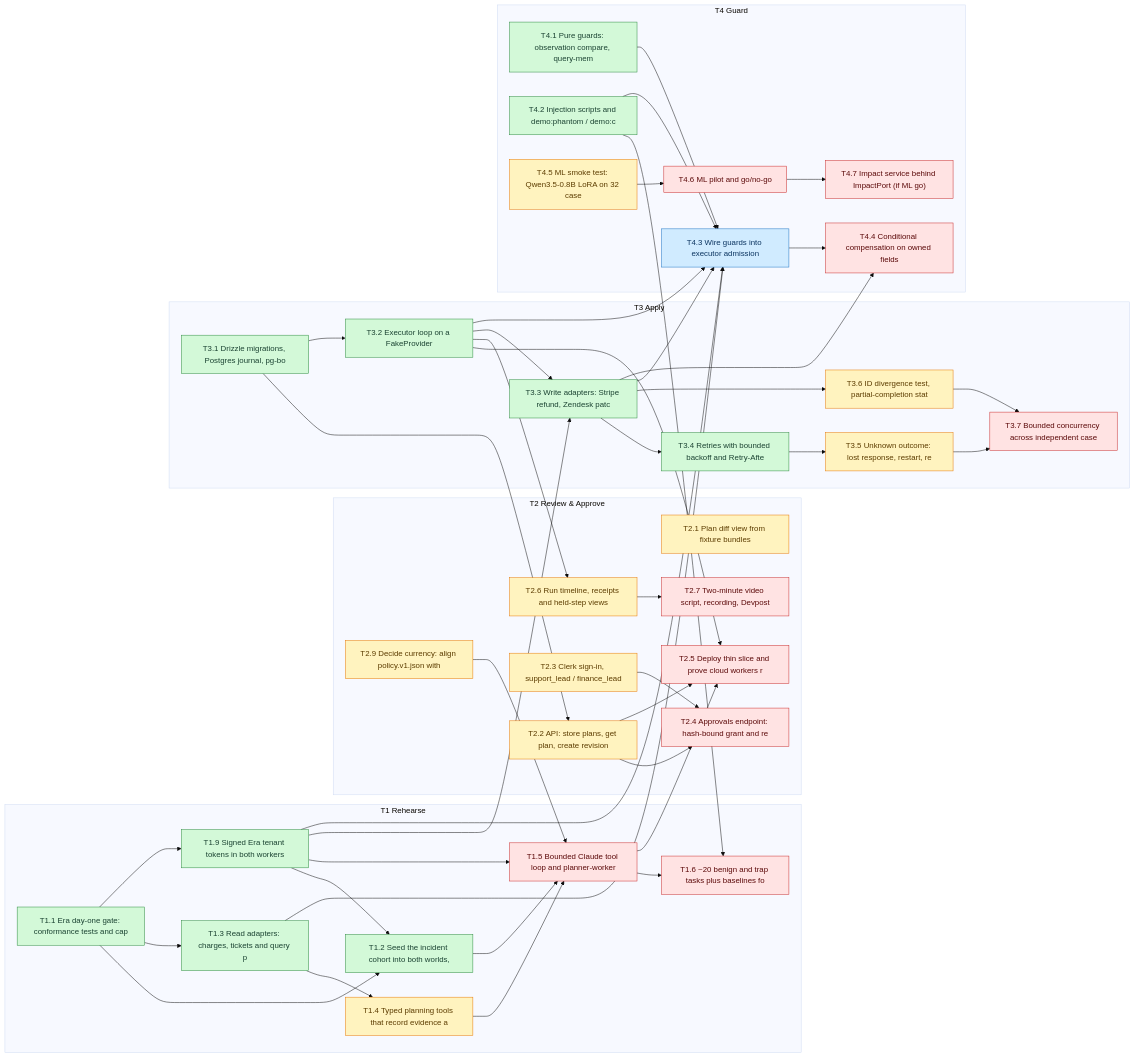
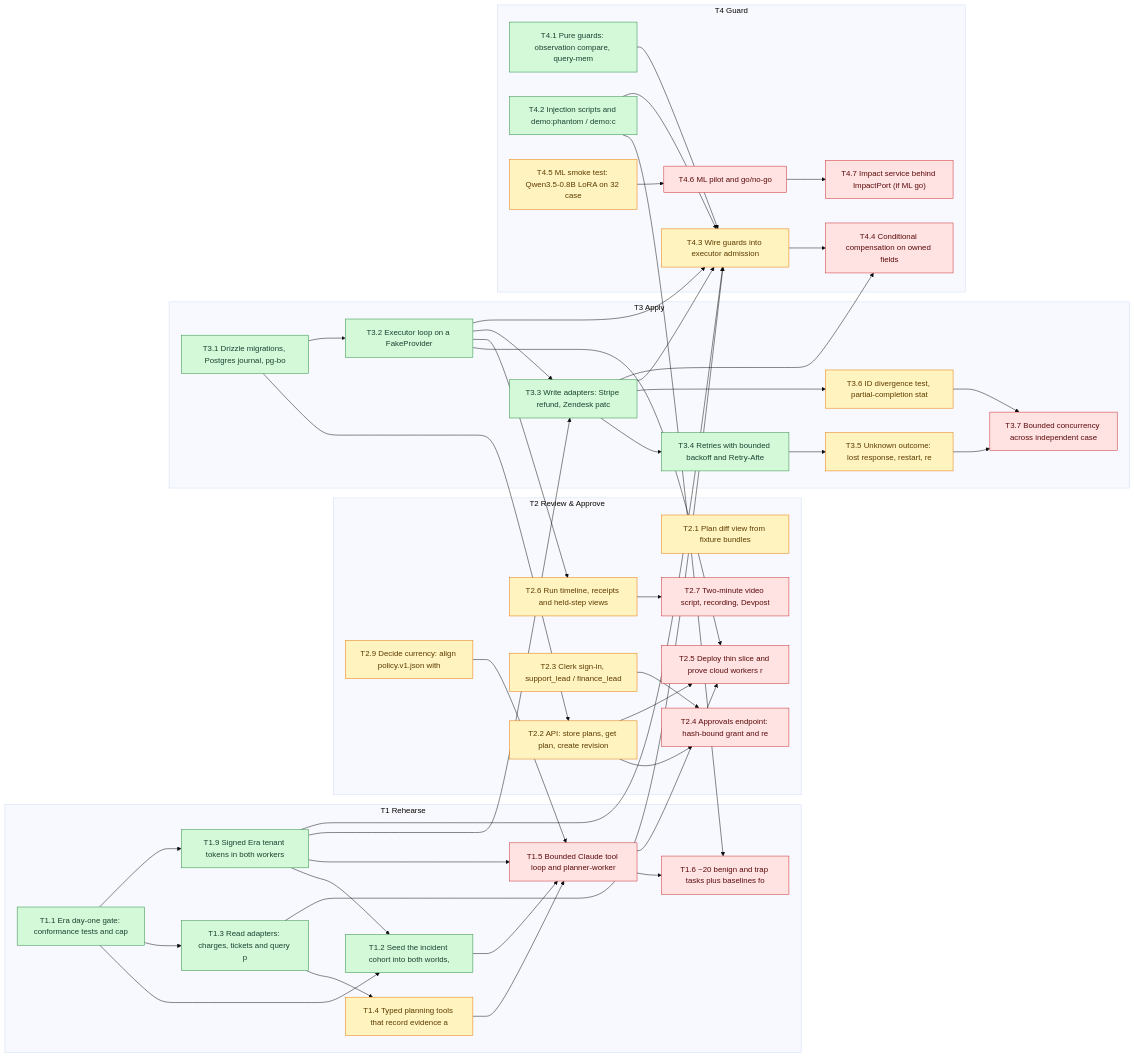
The diagram in BLOCKERS.md (SoroushRF/Rehearsal), drawn with Mermaid (base theme) before and after one commit. The commit also changed other lines of this file, not shown here.

````diff
--- a/BLOCKERS.md
+++ b/BLOCKERS.md
@@ -84,82 +84,82 @@
 ```mermaid
 flowchart LR
   classDef done fill:#d3f9d8,stroke:#2b8a3e,color:#1b4332
   classDef review fill:#d0ebff,stroke:#1971c2,color:#0b3460
   classDef progress fill:#e5dbff,stroke:#5f3dc4,color:#2b1a66
   classDef ready fill:#fff3bf,stroke:#e67700,color:#5c3c00
   classDef blocked fill:#ffe3e3,stroke:#c92a2a,color:#5c0a0a
   subgraph T1[T1 Rehearse]
     T1_1["T1.1 Era day-one gate: conformance tests and cap"]:::done
     T1_2["T1.2 Seed the incident cohort into both worlds, "]:::done
     T1_3["T1.3 Read adapters: charges, tickets and query p"]:::done
     T1_4["T1.4 Typed planning tools that record evidence a"]:::ready
     T1_5["T1.5 Bounded Claude tool loop and planner-worker"]:::blocked
     T1_6["T1.6 ~20 benign and trap tasks plus baselines fo"]:::blocked
     T1_9["T1.9 Signed Era tenant tokens in both workers"]:::done
   end
   subgraph T2[T2 Review & Approve]
     T2_1["T2.1 Plan diff view from fixture bundles"]:::ready
     T2_2["T2.2 API: store plans, get plan, create revision"]:::ready
     T2_3["T2.3 Clerk sign-in, support_lead / finance_lead "]:::ready
     T2_4["T2.4 Approvals endpoint: hash-bound grant and re"]:::blocked
     T2_5["T2.5 Deploy thin slice and prove cloud workers r"]:::blocked
     T2_6["T2.6 Run timeline, receipts and held-step views "]:::ready
     T2_7["T2.7 Two-minute video script, recording, Devpost"]:::blocked
     T2_9["T2.9 Decide currency: align policy.v1.json with "]:::ready
   end
   subgraph T3[T3 Apply]
     T3_1["T3.1 Drizzle migrations, Postgres journal, pg-bo"]:::done
     T3_2["T3.2 Executor loop on a FakeProvider"]:::done
     T3_3["T3.3 Write adapters: Stripe refund, Zendesk patc"]:::done
     T3_4["T3.4 Retries with bounded backoff and Retry-Afte"]:::done
     T3_5["T3.5 Unknown outcome: lost response, restart, re"]:::ready
     T3_6["T3.6 ID divergence test, partial-completion stat"]:::ready
     T3_7["T3.7 Bounded concurrency across independent case"]:::blocked
   end
   subgraph T4[T4 Guard]
     T4_1["T4.1 Pure guards: observation compare, query-mem"]:::done
     T4_2["T4.2 Injection scripts and demo:phantom / demo:c"]:::done
-    T4_3["T4.3 Wire guards into executor admission"]:::review
+    T4_3["T4.3 Wire guards into executor admission"]:::ready
     T4_4["T4.4 Conditional compensation on owned fields"]:::blocked
     T4_5["T4.5 ML smoke test: Qwen3.5-0.8B LoRA on 32 case"]:::ready
     T4_6["T4.6 ML pilot and go/no-go"]:::blocked
     T4_7["T4.7 Impact service behind ImpactPort (if ML go)"]:::blocked
   end
   T1_1 --> T1_2
   T1_9 --> T1_2
   T1_1 --> T1_3
   T1_3 --> T1_4
   T1_2 --> T1_5
   T1_4 --> T1_5
   T1_9 --> T1_5
   T2_9 --> T1_5
   T1_5 --> T1_6
   T4_2 --> T1_6
   T1_1 --> T1_9
   T3_1 --> T2_2
   T2_2 --> T2_4
   T2_3 --> T2_4
   T2_2 --> T2_5
   T1_5 --> T2_5
   T3_2 --> T2_5
   T3_2 --> T2_6
   T2_6 --> T2_7
   T3_1 --> T3_2
   T3_2 --> T3_3
   T1_9 --> T3_3
   T3_3 --> T3_4
   T3_4 --> T3_5
   T3_3 --> T3_6
   T3_5 --> T3_7
   T3_6 --> T3_7
   T4_1 --> T4_3
   T4_2 --> T4_3
   T3_2 --> T4_3
   T1_3 --> T4_3
   T3_3 --> T4_3
   T1_9 --> T4_3
   T4_3 --> T4_4
   T3_3 --> T4_4
   T4_5 --> T4_6
   T4_6 --> T4_7
 ```
````
